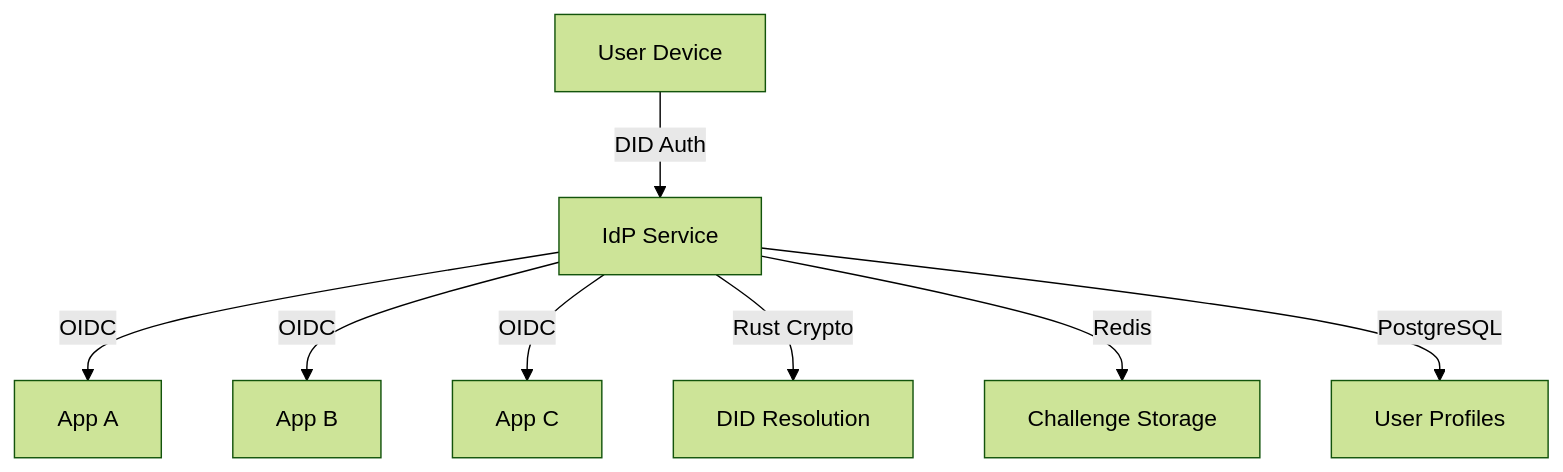
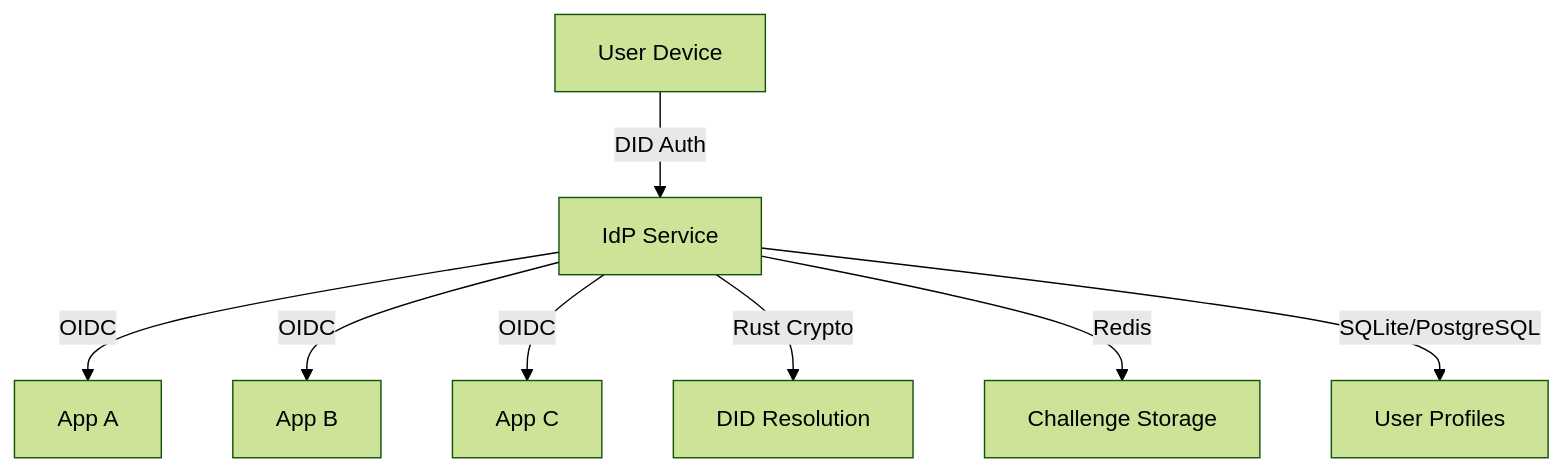
One commit to Code-Barn/iyou_idp changed the first of 2 diagrams in DEVELOPER_GUIDE.md. Above: the diagram before and after it, drawn with Mermaid (forest theme). The commit also changed other lines of this file and 9 other files, not shown here.

````diff
--- a/DEVELOPER_GUIDE.md
+++ b/DEVELOPER_GUIDE.md
@@ -9,10 +9,10 @@
 ```mermaid
 graph TD
     A[User Device] -->|DID Auth| B[IdP Service]
     B -->|OIDC| C[App A]
     B -->|OIDC| D[App B]
     B -->|OIDC| E[App C]
     B -->|Rust Crypto| F[DID Resolution]
     B -->|Redis| G[Challenge Storage]
-    B -->|PostgreSQL| H[User Profiles]
+    B -->|SQLite/PostgreSQL| H[User Profiles]
 ```
````
